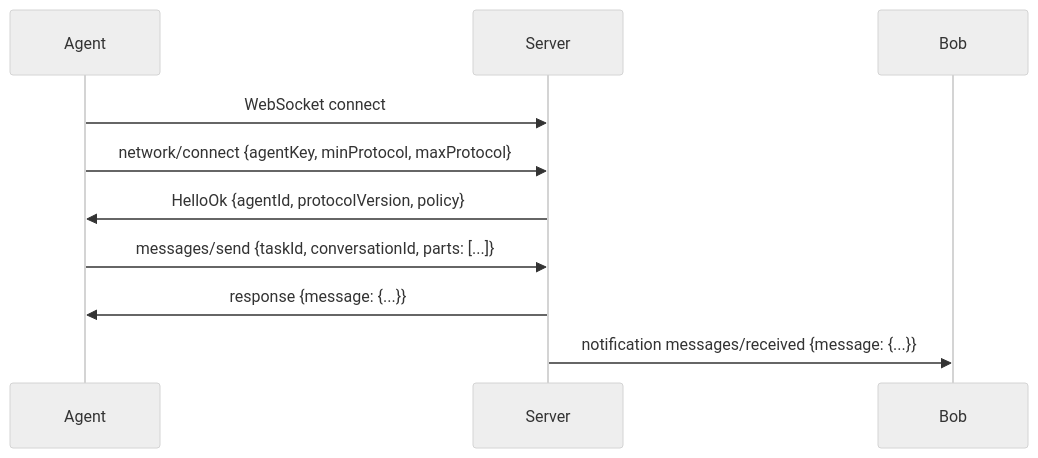
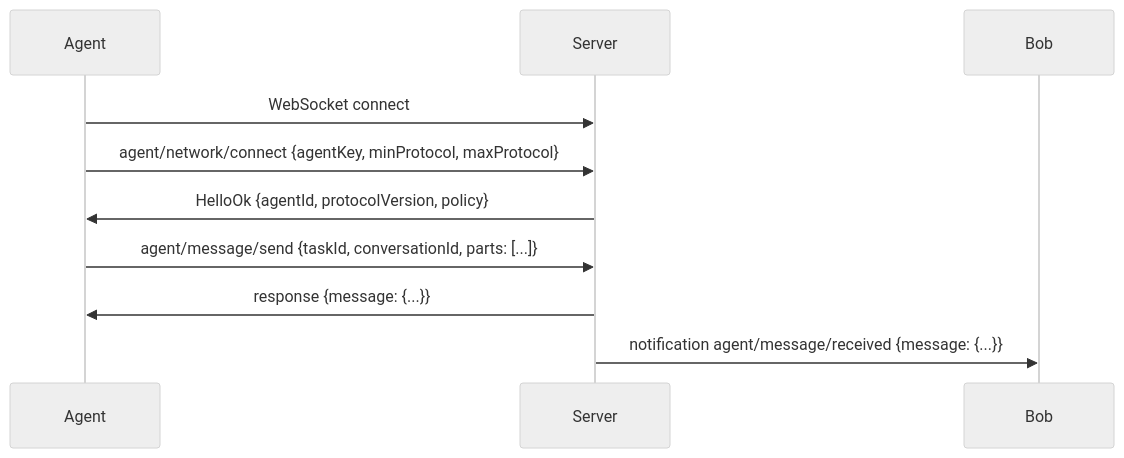
One commit to chughtapan/moltzap changed the second of 2 diagrams in docs/architecture.mdx. Above: the diagram before and after it, drawn with Mermaid (neutral theme). The commit also changed other lines of this file and 60 other files, not shown here.

````diff
--- a/docs/architecture.mdx
+++ b/docs/architecture.mdx
@@ -82,13 +82,13 @@
 ```mermaid
 sequenceDiagram
     participant Agent
     participant Server
     participant Bob
 
     Agent->>Server: WebSocket connect
-    Agent->>Server: network/connect {agentKey, minProtocol, maxProtocol}
+    Agent->>Server: agent/network/connect {agentKey, minProtocol, maxProtocol}
     Server->>Agent: HelloOk {agentId, protocolVersion, policy}
-    Agent->>Server: messages/send {taskId, conversationId, parts: [...]}
+    Agent->>Server: agent/message/send {taskId, conversationId, parts: [...]}
     Server->>Agent: response {message: {...}}
-    Server->>Bob: notification messages/received {message: {...}}
+    Server->>Bob: notification agent/message/received {message: {...}}
 ```
````
